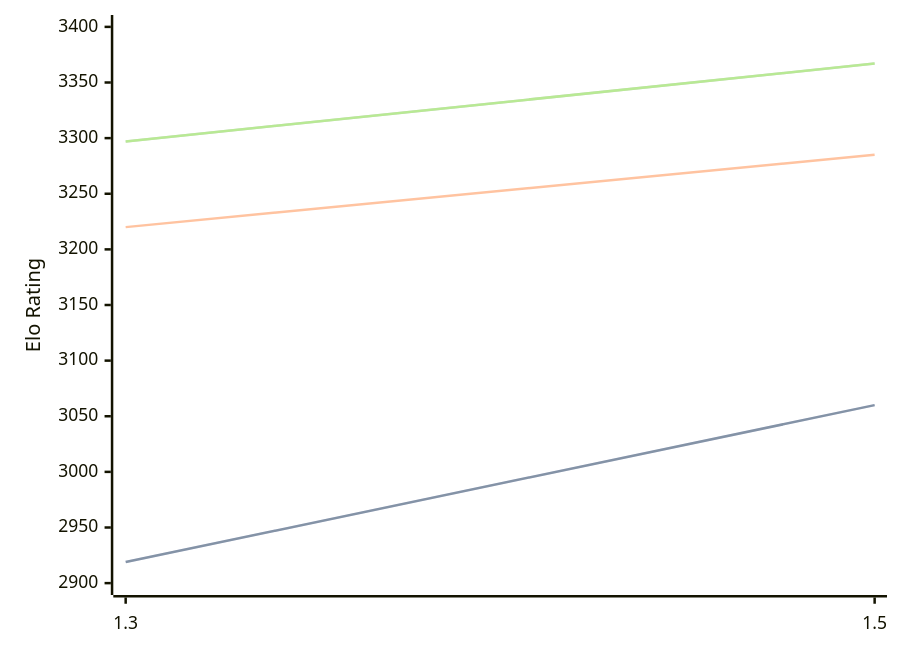
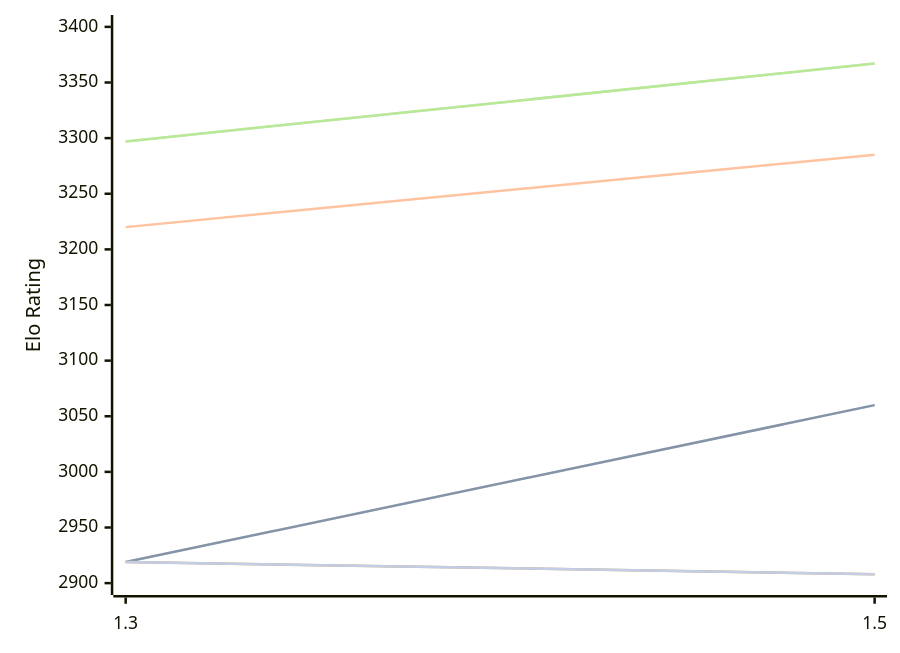
Before and after one commit to computer-chess-index/cci: the diagram in engines/Lambergar.md, drawn with Mermaid. The commit also changed other lines of this file, not shown here.

Commit message:
Update CCI Ratings (ELO VLTC) - 2026-10-11

````diff
--- a/engines/Lambergar.md
+++ b/engines/Lambergar.md
@@ -48,16 +48,13 @@
 ```mermaid
 %%{init: {"theme":"base","themeVariables":{"seriesColors:['#a3a3a3','#222221','#faa371']}}}%%
 xychart-beta
   x-axis ["1.3", "1.5"]
   y-axis "Elo Rating" 2900 --> 3400
   line "" [2919, 3060]
   line "T1: STC (8.0+0.08s)" [2919, 3060]
   line "T1: LTC (60.0+0.60s)" [3220, 3285]
   line "" [3297, 3367]
   line "T1: VLTC (2m24s+1.12s)" [3297, 3367]
-  line "" [2898]
-  line "E1: STC (8.0+0.08s)" [2898]
-  line "E1: LTC (60.0+0.60s)" [3182]
-  line "" [3256]
-  line "E1: VLTC (2m24s+1.12s)" [3256]
+  line "" [2919,2908]
+  line "E1: STC (8.0+0.08s)" [2919,2908]
 ```
````
